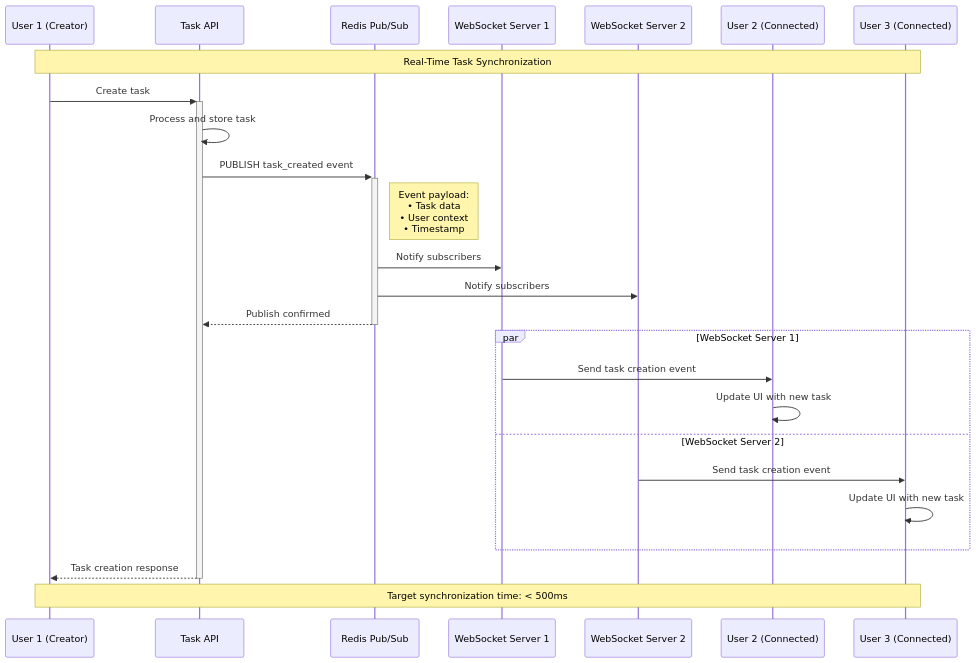
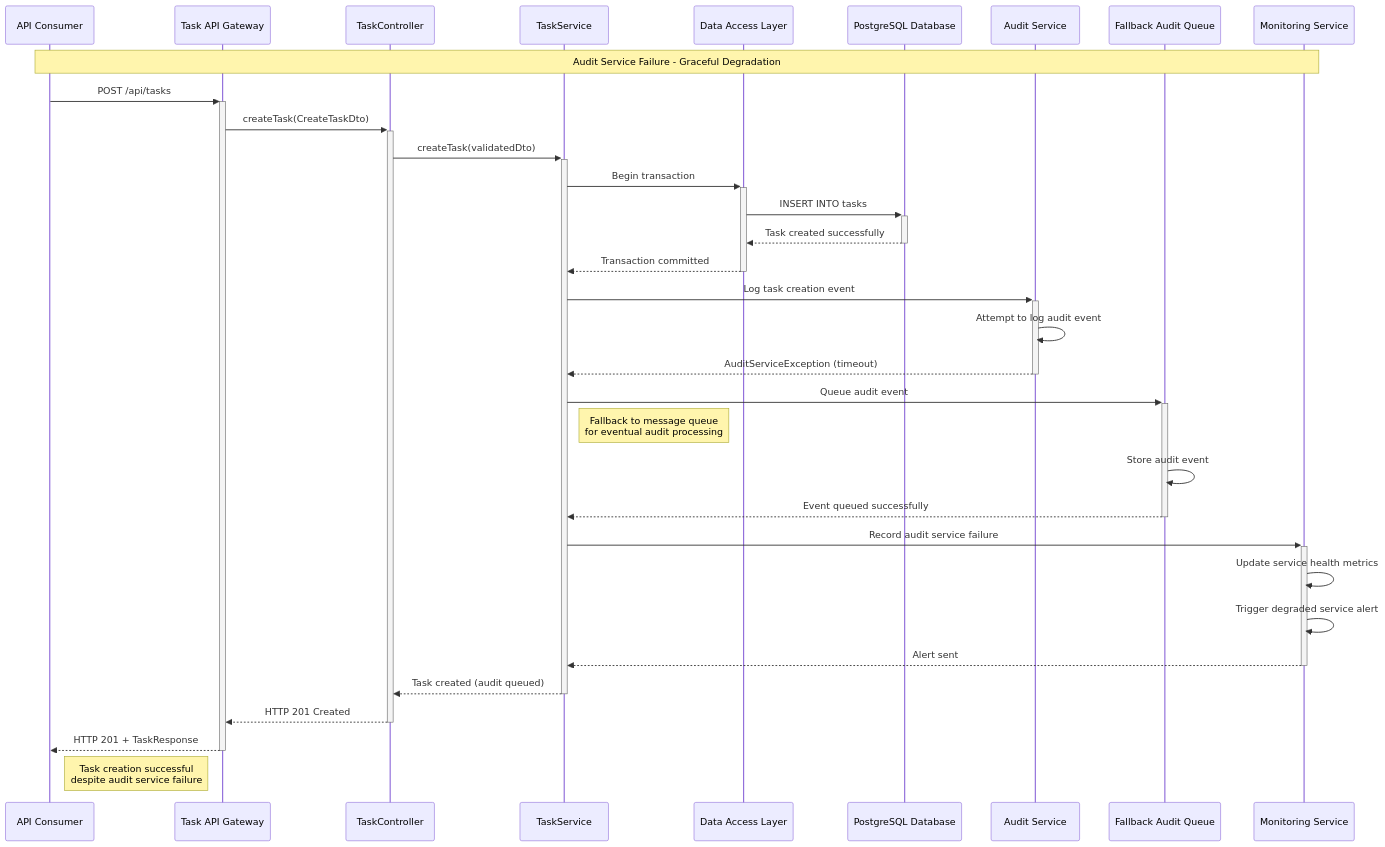
The ninth of 11 diagrams in API Development/Components and Sequence Diagrams/sequence_diagram.md (ThapaswiASC/SCIB-INCEPTION-PHASE-DEMO), drawn with Mermaid before and after one commit. The commit also changed other lines of this file and 1 other file, not shown here.

````diff
--- a/API Development/Components and Sequence Diagrams/sequence_diagram.md
+++ b/API Development/Components and Sequence Diagrams/sequence_diagram.md
@@ -268,33 +449,45 @@
 ```mermaid
 sequenceDiagram
-    participant User1 as User 1 (Creator)
-    participant API as Task API
-    participant Redis as Redis Pub/Sub
-    participant WS1 as WebSocket Server 1
-    participant WS2 as WebSocket Server 2
-    participant User2 as User 2 (Connected)
-    participant User3 as User 3 (Connected)
+    participant Client as API Consumer
+    participant API as Task API Gateway
+    participant Controller as TaskController
+    participant Service as TaskService
+    participant DAL as Data Access Layer
+    participant DB as PostgreSQL Database
+    participant Audit as Audit Service
+    participant FallbackAudit as Fallback Audit Queue
+    participant Monitor as Monitoring Service
 
-    Note over User1, User3: Real-Time Task Synchronization
+    Note over Client, Monitor: Audit Service Failure - Graceful Degradation
     
-    User1->>+API: Create task
-    API->>API: Process and store task
-    API->>+Redis: PUBLISH task_created event
-    Note right of Redis: Event payload:<br/>• Task data<br/>• User context<br/>• Timestamp
+    Client->>+API: POST /api/tasks
+    API->>+Controller: createTask(CreateTaskDto)
+    Controller->>+Service: createTask(validatedDto)
     
-    Redis->>WS1: Notify subscribers
-    Redis->>WS2: Notify subscribers
-    Redis-->>-API: Publish confirmed
+    Service->>+DAL: Begin transaction
+    DAL->>+DB: INSERT INTO tasks
+    DB-->>-DAL: Task created successfully
+    DAL-->>-Service: Transaction committed
     
-    par WebSocket Server 1
-        WS1->>User2: Send task creation event
-        User2->>User2: Update UI with new task
-    and WebSocket Server 2
-        WS2->>User3: Send task creation event
-        User3->>User3: Update UI with new task
-    end
+    Service->>+Audit: Log task creation event
     
-    API-->>-User1: Task creation response
+    Audit->>Audit: Attempt to log audit event
+    Audit-->>-Service: AuditServiceException (timeout)
     
-    Note over User1, User3: Target synchronization time: < 500ms
+    Service->>+FallbackAudit: Queue audit event
+    Note right of Service: Fallback to message queue<br/>for eventual audit processing
+    
+    FallbackAudit->>FallbackAudit: Store audit event
+    FallbackAudit-->>-Service: Event queued successfully
+    
+    Service->>+Monitor: Record audit service failure
+    Monitor->>Monitor: Update service health metrics
+    Monitor->>Monitor: Trigger degraded service alert
+    Monitor-->>-Service: Alert sent
+    
+    Service-->>-Controller: Task created (audit queued)
+    Controller-->>-API: HTTP 201 Created
+    
+    API-->>-Client: HTTP 201 + TaskResponse
+    Note left of API: Task creation successful<br/>despite audit service failure
 ```
````
